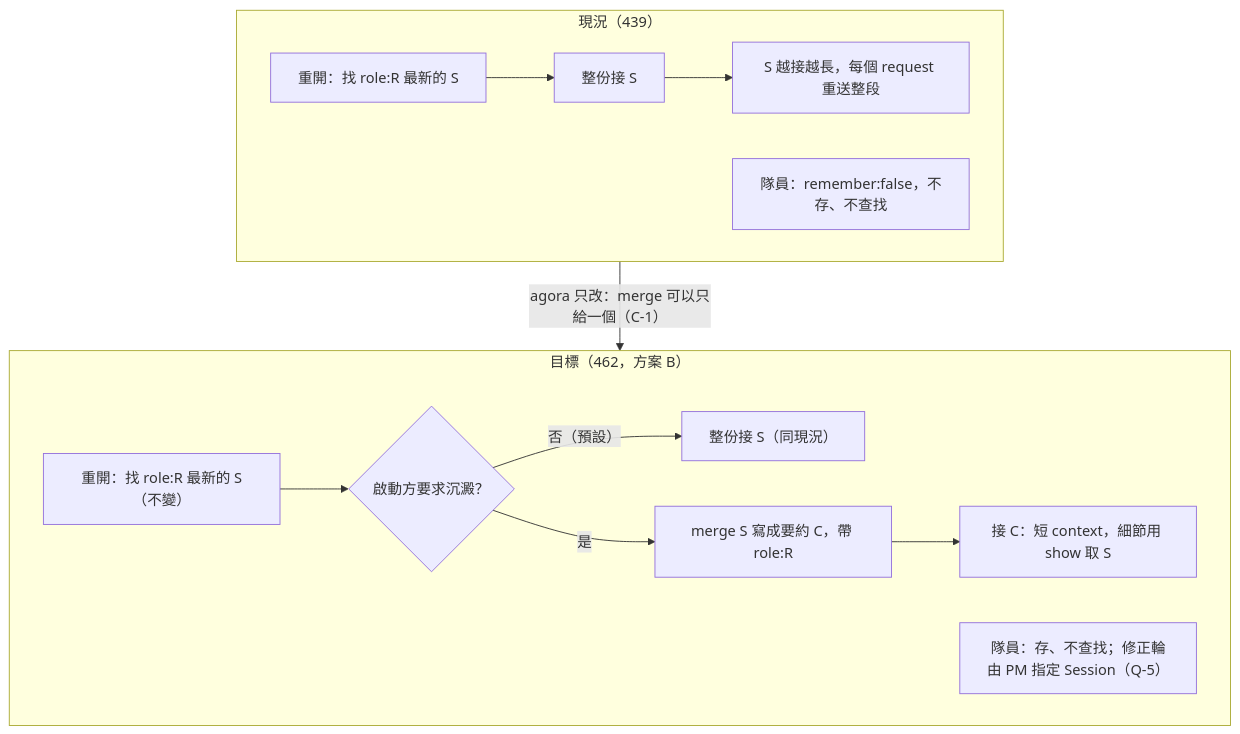
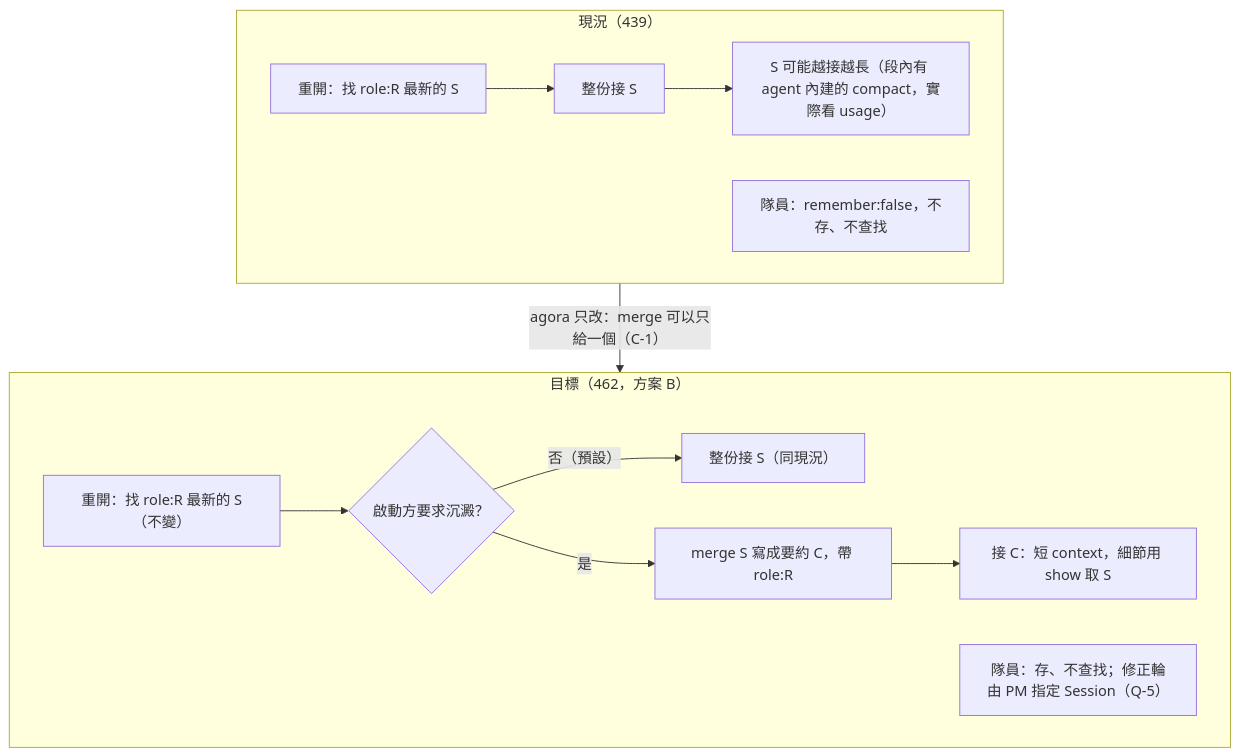
One commit to FATESAIKOU/MyAiStorage changed the third of 3 diagrams in docs/design-notes/462-session-editing-and-consolidation.md. Above: the diagram before and after it, drawn with Mermaid. The commit also changed other lines of this file, not shown here.

````diff
--- a/docs/design-notes/462-session-editing-and-consolidation.md
+++ b/docs/design-notes/462-session-editing-and-consolidation.md
@@ -535,16 +569,16 @@
 ```mermaid
 flowchart TB
   subgraph NOW["現況（439）"]
     N1["重開：找 role:R 最新的 S"] --> N2["整份接 S"]
-    N2 --> N3["S 越接越長，每個 request 重送整段"]
+    N2 --> N3["S 可能越接越長（段內有 agent 內建的 compact，實際看 usage）"]
     N4["隊員：remember:false，不存、不查找"]
   end
   subgraph TARGET["目標（462，方案 B）"]
     T1["重開：找 role:R 最新的 S（不變）"] --> T2{"啟動方要求沉澱？"}
     T2 -->|"否（預設）"| T3["整份接 S（同現況）"]
     T2 -->|"是"| T4["merge S 寫成要約 C，帶 role:R"]
     T4 --> T5["接 C：短 context，細節用 show 取 S"]
     T6["隊員：存、不查找；修正輪由 PM 指定 Session（Q-5）"]
   end
   NOW -->|"agora 只改：merge 可以只給一個（C-1）"| TARGET
 ```
````
